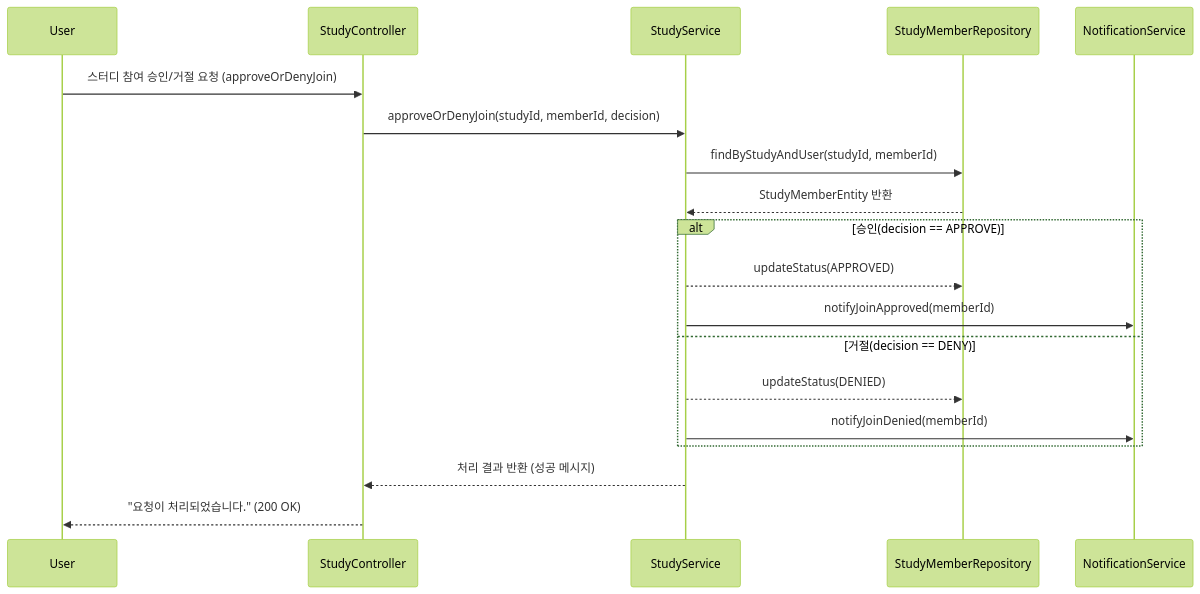
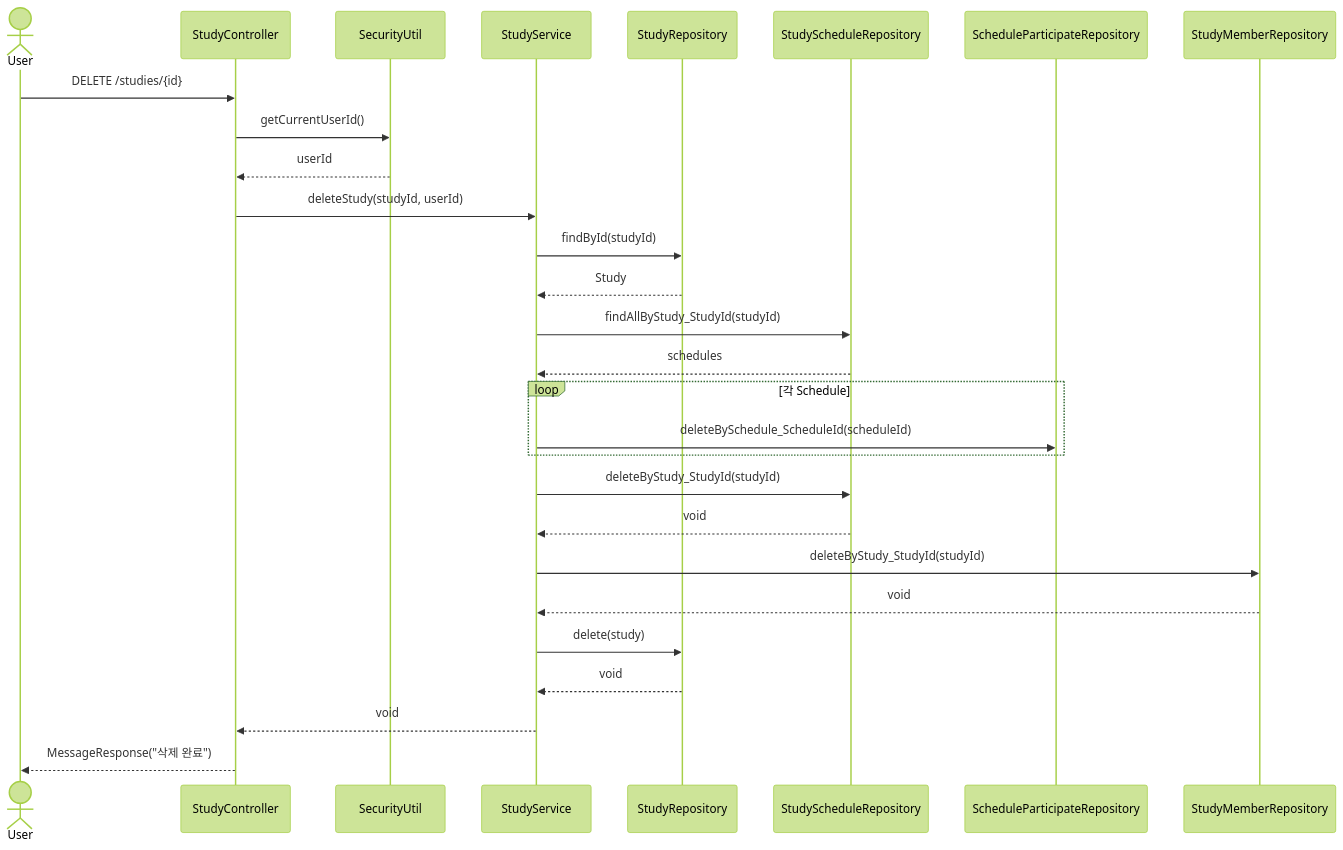
Before and after one commit to OHWCH/se_dev: diagram 19 of 47 in SDS_[깃라잡이].md, drawn with Mermaid (forest theme). The commit also changed other lines of this file, not shown here.

Commit message:
스터디 시퀀스 다이어그램

````diff
--- a/SDS_[깃라잡이].md
+++ b/SDS_[깃라잡이].md
@@ -5035,23 +5077,32 @@
 ```mermaid
 sequenceDiagram
-    participant User
-    participant StudyController
-    participant StudyService
-    participant StudyMemberRepository
-    participant NotificationService
+    actor User
+    User ->> StudyController: DELETE /studies/{id}
+    StudyController ->> SecurityUtil: getCurrentUserId()
+    SecurityUtil -->> StudyController: userId
 
-    User->>StudyController: 스터디 참여 승인/거절 요청 (approveOrDenyJoin)
-    StudyController->>StudyService: approveOrDenyJoin(studyId, memberId, decision)
-    StudyService->>StudyMemberRepository: findByStudyAndUser(studyId, memberId)
-    StudyMemberRepository-->>StudyService: StudyMemberEntity 반환
-    alt 승인(decision == APPROVE)
-        StudyService-->>StudyMemberRepository: updateStatus(APPROVED)
-        StudyService->>NotificationService: notifyJoinApproved(memberId)
-    else 거절(decision == DENY)
-        StudyService-->>StudyMemberRepository: updateStatus(DENIED)
-        StudyService->>NotificationService: notifyJoinDenied(memberId)
+    StudyController ->> StudyService: deleteStudy(studyId, userId)
+
+    StudyService ->> StudyRepository: findById(studyId)
+    StudyRepository -->> StudyService: Study
+
+    StudyService ->> StudyScheduleRepository: findAllByStudy_StudyId(studyId)
+    StudyScheduleRepository -->> StudyService: schedules
+
+    loop 각 Schedule
+        StudyService ->> ScheduleParticipateRepository: deleteBySchedule_ScheduleId(scheduleId)
     end
-    StudyService-->>StudyController: 처리 결과 반환 (성공 메시지)
-    StudyController-->>User: "요청이 처리되었습니다." (200 OK)
+
+    StudyService ->> StudyScheduleRepository: deleteByStudy_StudyId(studyId)
+    StudyScheduleRepository -->> StudyService: void
+
+    StudyService ->> StudyMemberRepository: deleteByStudy_StudyId(studyId)
+    StudyMemberRepository -->> StudyService: void
+
+    StudyService ->> StudyRepository: delete(study)
+    StudyRepository -->> StudyService: void
+
+    StudyService -->> StudyController: void
+    StudyController -->> User: MessageResponse("삭제 완료")
 
 ```
````
